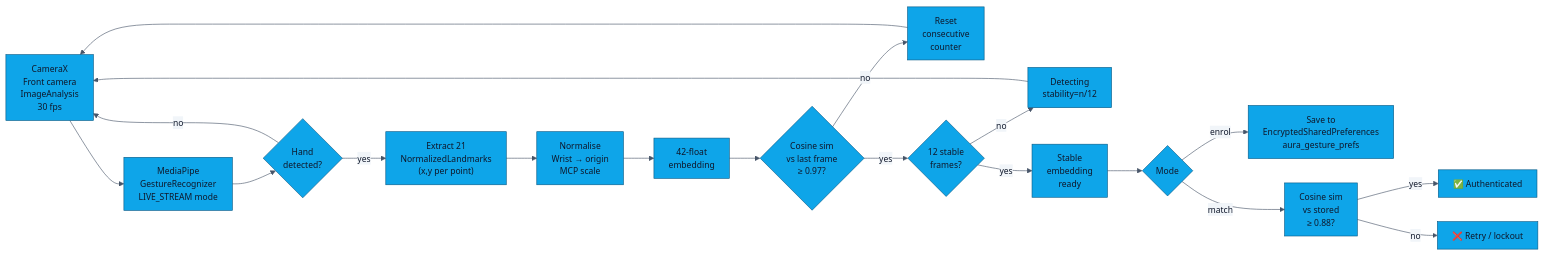
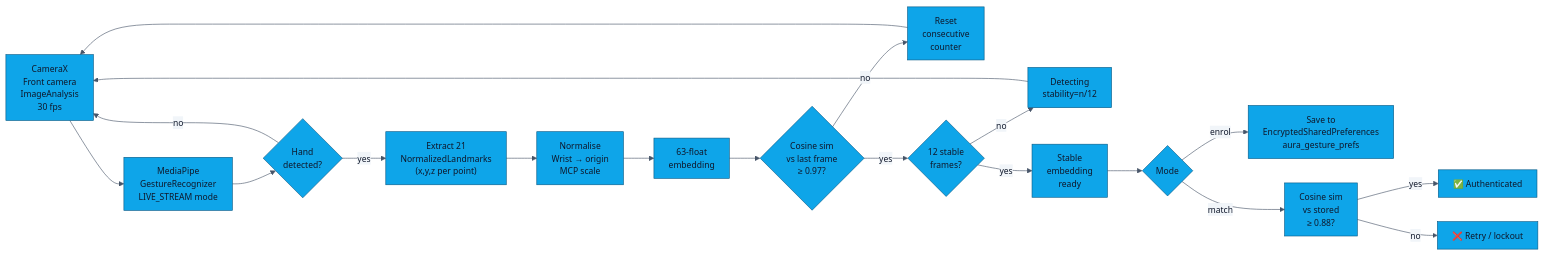
Before and after one commit to showerideas/Aura: the diagram in docs/GESTURE_AUTH.md, drawn with Mermaid. The commit also changed other lines of this file and 97 other files, not shown here.

````diff
--- a/docs/GESTURE_AUTH.md
+++ b/docs/GESTURE_AUTH.md
@@ -21,33 +21,33 @@
 ```mermaid
 %%{init: {'theme':'base','themeVariables':{
   'fontFamily':'ui-monospace, SFMono-Regular, Menlo, Monaco, monospace',
   'fontSize':'14px',
   'primaryColor':'#0EA5E9',
   'primaryTextColor':'#0F172A',
   'primaryBorderColor':'#075985',
   'lineColor':'#475569',
   'secondaryColor':'#F1F5F9',
   'tertiaryColor':'#FAFAF9',
   'clusterBkg':'#F8FAFC',
   'clusterBorder':'#CBD5E1'
 },'flowchart':{'curve':'basis','nodeSpacing':40,'rankSpacing':50,'padding':12}}}%%
 flowchart LR
     A["CameraX\nFront camera\nImageAnalysis\n30 fps"] --> B["MediaPipe\nGestureRecognizer\nLIVE_STREAM mode"]
     B --> C{Hand\ndetected?}
     C -- no --> A
-    C -- yes --> D["Extract 21\nNormalizedLandmarks\n(x,y per point)"]
+    C -- yes --> D["Extract 21\nNormalizedLandmarks\n(x,y,z per point)"]
     D --> E["Normalise\nWrist → origin\nMCP scale"]
-    E --> F["42-float\nembedding"]
+    E --> F["63-float\nembedding"]
     F --> G{Cosine sim\nvs last frame\n≥ 0.97?}
     G -- no --> H["Reset\nconsecutive\ncounter"]
     H --> A
     G -- yes --> I{"12 stable\nframes?"}
     I -- no --> J["Detecting\nstability=n/12"]
     J --> A
     I -- yes --> K["Stable\nembedding\nready"]
     K --> L{Mode}
     L -- enrol --> M["Save to\nEncryptedSharedPreferences\naura_gesture_prefs"]
     L -- match --> N["Cosine sim\nvs stored\n≥ 0.88?"]
     N -- yes --> O["✅ Authenticated"]
     N -- no --> P["❌ Retry / lockout"]
 ```
````
